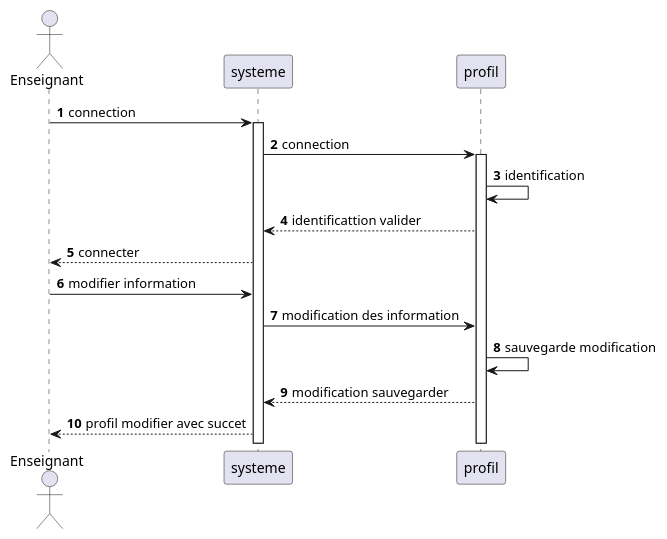
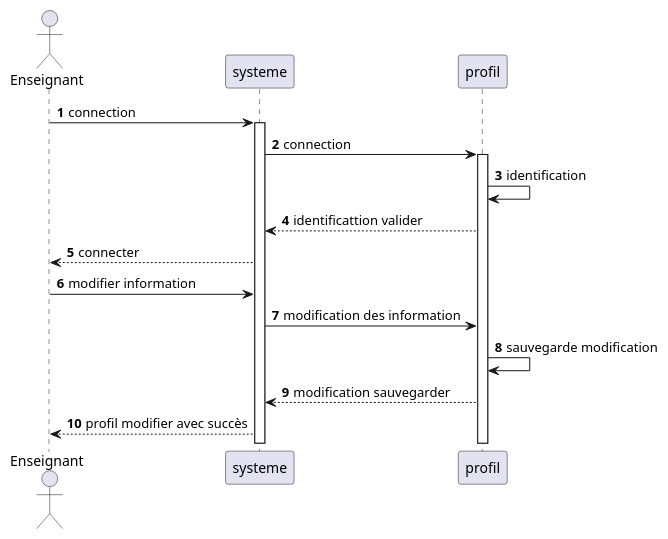
The diagram in analyse/diagrammes/DiagrammeSequenceEnseignant.plantuml (IUT-Blagnac/bcoo-retro2021-bcoo-retro2021-g16), drawn with PlantUML before and after one commit.

```diff
--- a/analyse/diagrammes/DiagrammeSequenceEnseignant.plantuml
+++ b/analyse/diagrammes/DiagrammeSequenceEnseignant.plantuml
@@ -1,23 +1,23 @@
 @startuml
 
 autonumber
 actor Enseignant
 Enseignant -> systeme: connection
 
 activate systeme
 systeme -> profil: connection 
 
 activate profil
 profil -> profil: identification 
 profil --> systeme: identificattion valider
 systeme --> Enseignant: connecter
 
 Enseignant -> systeme: modifier information
 systeme -> profil: modification des information 
 profil -> profil: sauvegarde modification
 profil --> systeme: modification sauvegarder
-systeme --> Enseignant: profil modifier avec succet
+systeme --> Enseignant: profil modifier avec succès
 
 
 
 @enduml
```
